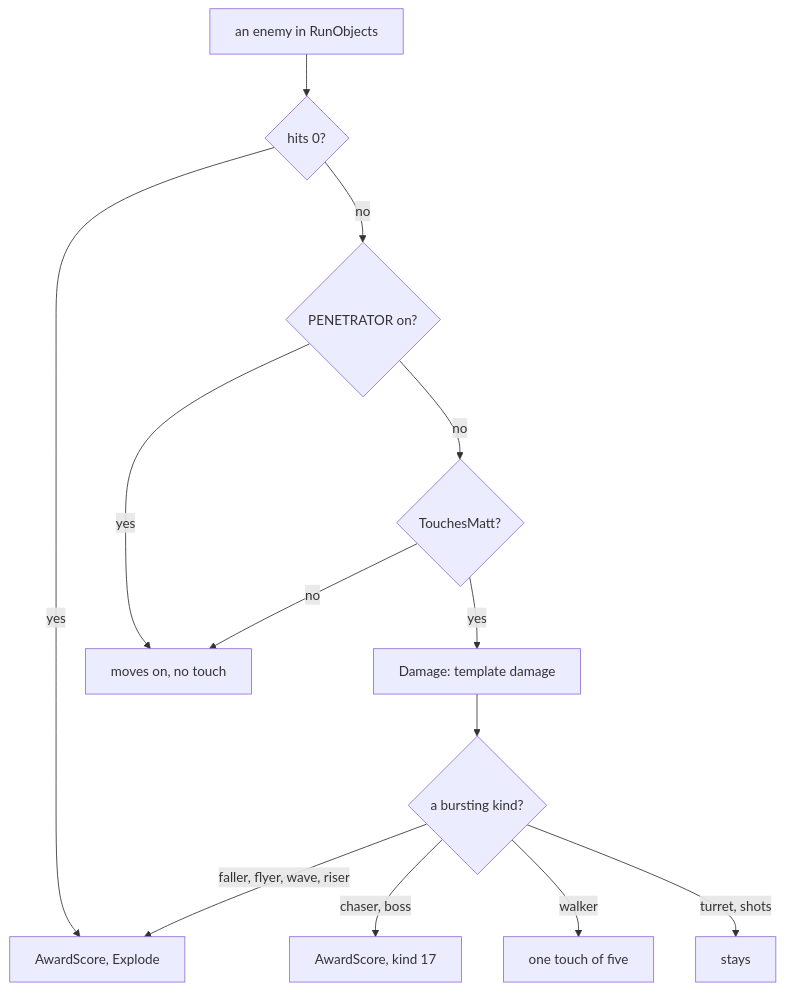
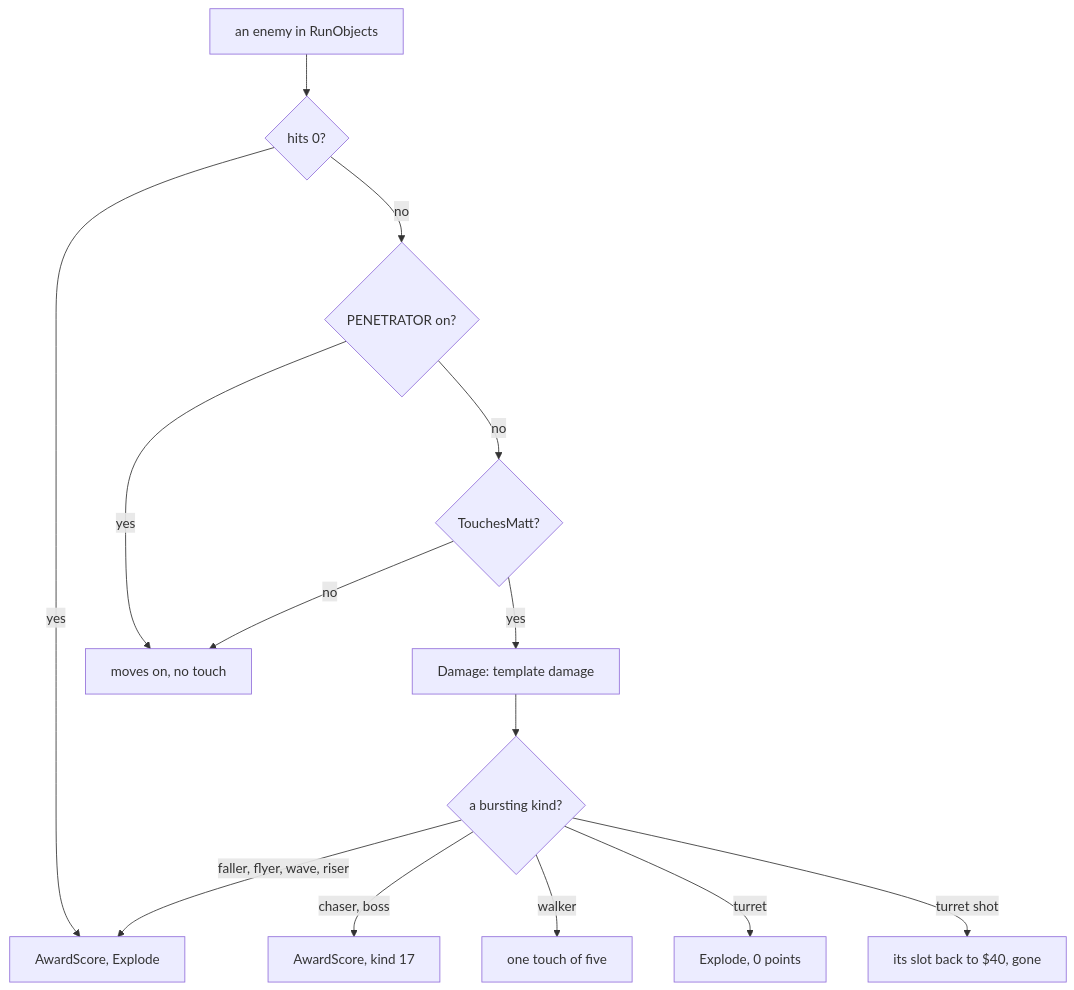
Before and after one commit to alfishe/unrealng-reverse-cases: diagram 15 of 22 in games/mask-iii/docs/10-gameplay-logic.md, drawn with Mermaid. The commit also changed other lines of this file and 36 other files, not shown here.

````diff
--- a/games/mask-iii/docs/10-gameplay-logic.md
+++ b/games/mask-iii/docs/10-gameplay-logic.md
@@ -1270,15 +1282,16 @@
 ```mermaid
 flowchart TD
     EN["an enemy in RunObjects"] --> H0{"hits 0?"}
     H0 -- "yes" --> KS["AwardScore, Explode"]
     H0 -- "no" --> PEN{"PENETRATOR on?"}
     PEN -- "yes" --> MOVE["moves on, no touch"]
     PEN -- "no" --> TM{"TouchesMatt?"}
     TM -- "no" --> MOVE
     TM -- "yes" --> DMG["Damage: template damage"]
     DMG --> BURST{"a bursting kind?"}
     BURST -- "faller, flyer, wave, riser" --> KS
     BURST -- "chaser, boss" --> GONE["AwardScore, kind 17"]
     BURST -- "walker" --> WK["one touch of five"]
-    BURST -- "turret, shots" --> STAY["stays"]
+    BURST -- "turret" --> TX["Explode, 0 points"]
+    BURST -- "turret shot" --> VAN["its slot back to $40, gone"]
 ```
````
